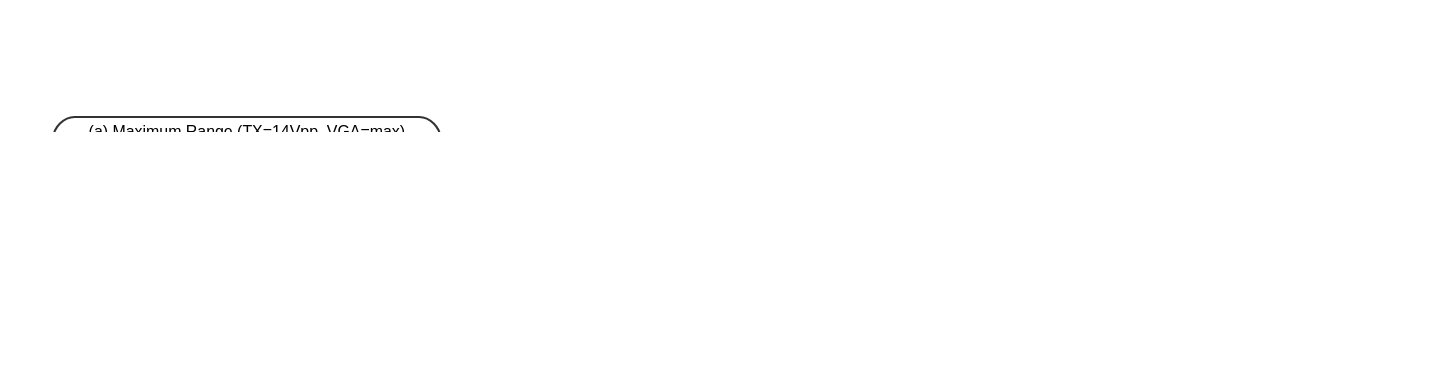
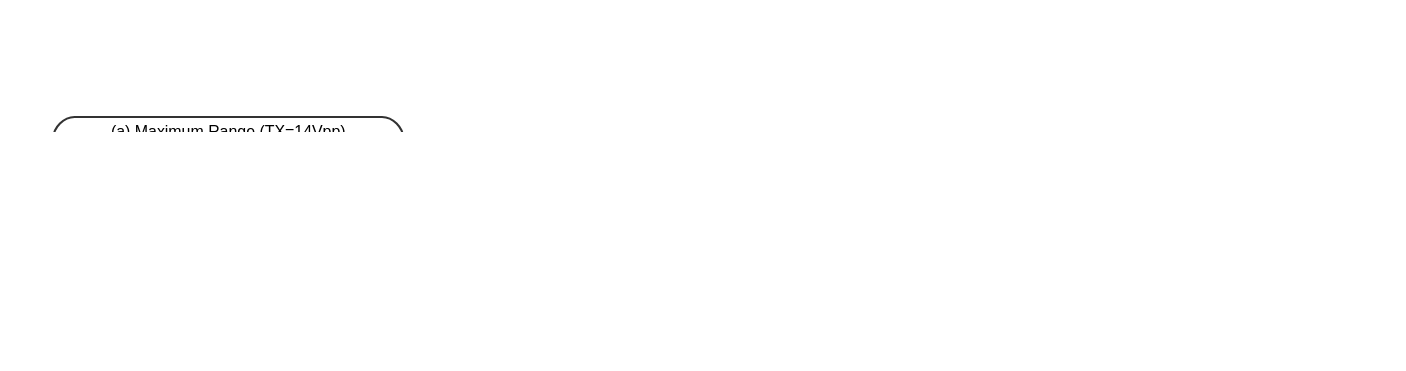
One commit to wuhannus/lunahan_ultrasound_ASIC changed the diagram in figures_graphviz/fig7_isscc.dot. Above: the diagram before and after it, drawn with Graphviz. The commit also changed 28 other files, not shown here.

First line of the commit message:
Remove BPF/VGA from system architecture: LNA feeds SAR ADC directly

```diff
--- a/figures_graphviz/fig7_isscc.dot
+++ b/figures_graphviz/fig7_isscc.dot
@@ -1,77 +1,77 @@
 
 digraph G {
     dpi=250; fontname="Helvetica"; bgcolor=white; pad=0.3;
     label="System-Level Verification Results";
     labelloc=t; fontsize=10; fontname="Helvetica";
     compound=true;
     
     node [shape=box, style="rounded,filled", fontname="Helvetica", fontsize=8, penwidth=1.2, margin="0.06,0.04"];
     
     // (a) Range sweep table
     subgraph cluster_range {
-        label="(a) Maximum Range (TX=14Vpp, VGA=max)"; fontsize=9; fontname="Helvetica";
+        label="(a) Maximum Range (TX=14Vpp)"; fontsize=9; fontname="Helvetica";
         style="rounded"; color="#333333"; penwidth=1.2;
         
         range_t [shape=plaintext, label=<
             <table border="1" cellborder="1" cellspacing="0" cellpadding="3">
             <tr><td bgcolor="#e8e8e8"><font point-size="8"><b>Dist</b></font></td><td bgcolor="#e8e8e8"><font point-size="8"><b>ADC(mV)</b></font></td><td bgcolor="#e8e8e8"><font point-size="8"><b>SNR(dB)</b></font></td><td bgcolor="#e8e8e8"><font point-size="8"><b>Detected</b></font></td></tr>
             <tr><td><font point-size="8">1m</font></td><td><font point-size="8">28,929</font></td><td><font point-size="8">94.7</font></td><td bgcolor="#e8f0e8"><font point-size="8">YES</font></td></tr>
             <tr><td><font point-size="8">3m</font></td><td><font point-size="8">3,042</font></td><td><font point-size="8">75.2</font></td><td bgcolor="#e8f0e8"><font point-size="8">YES</font></td></tr>
             <tr><td><font point-size="8">5m</font></td><td><font point-size="8">1,037</font></td><td><font point-size="8">65.8</font></td><td bgcolor="#e8f0e8"><font point-size="8">YES</font></td></tr>
             <tr><td><font point-size="8">7m</font></td><td><font point-size="8">500</font></td><td><font point-size="8">59.5</font></td><td bgcolor="#e8f0e8"><font point-size="8">YES</font></td></tr>
             <tr><td><font point-size="8">8m</font></td><td><font point-size="8">372</font></td><td><font point-size="8">56.9</font></td><td bgcolor="#e8f0e8"><font point-size="8">YES</font></td></tr>
             </table>
         >];
     }
     
     // (b) Multi-object
     subgraph cluster_multi {
         label="(b) 4-Direction Multi-Object Detection"; fontsize=9; fontname="Helvetica";
         style="rounded"; color="#333333"; penwidth=1.2;
         
         multi_t [shape=plaintext, label=<
             <table border="1" cellborder="1" cellspacing="0" cellpadding="3">
             <tr><td bgcolor="#e8e8e8"><font point-size="8"><b>Direction</b></font></td><td bgcolor="#e8e8e8"><font point-size="8"><b>Range</b></font></td><td bgcolor="#e8e8e8"><font point-size="8"><b>Result</b></font></td></tr>
             <tr><td><font point-size="8">FRONT</font></td><td><font point-size="8">1.00 m</font></td><td bgcolor="#e8f0e8"><font point-size="8">DETECTED</font></td></tr>
             <tr><td><font point-size="8">RIGHT</font></td><td><font point-size="8">3.00 m</font></td><td bgcolor="#e8f0e8"><font point-size="8">DETECTED</font></td></tr>
             <tr><td><font point-size="8">BACK</font></td><td><font point-size="8">5.00 m</font></td><td bgcolor="#e8f0e8"><font point-size="8">DETECTED</font></td></tr>
             <tr><td><font point-size="8">LEFT</font></td><td><font point-size="8">7.00 m</font></td><td bgcolor="#e8f0e8"><font point-size="8">DETECTED</font></td></tr>
             </table>
         >];
     }
     
     // (c) Navigation
     subgraph cluster_nav {
         label="(c) 4-fps Robot Navigation (8 frames)"; fontsize=9; fontname="Helvetica";
         style="rounded"; color="#333333"; penwidth=1.2;
         
         nav_t [shape=plaintext, label=<
             <table border="1" cellborder="1" cellspacing="0" cellpadding="3">
             <tr><td bgcolor="#e8e8e8"><font point-size="8"><b>F</b></font></td><td bgcolor="#e8e8e8"><font point-size="8"><b>Dir</b></font></td><td bgcolor="#e8e8e8"><font point-size="8"><b>Range</b></font></td><td bgcolor="#e8e8e8"><font point-size="8"><b>Action</b></font></td></tr>
             <tr><td><font point-size="8">1</font></td><td><font point-size="8">FRONT</font></td><td><font point-size="8">5.0m</font></td><td><font point-size="8">Go</font></td></tr>
             <tr><td><font point-size="8">3</font></td><td><font point-size="8">RIGHT</font></td><td><font point-size="8">2.0m</font></td><td bgcolor="#fce8e8"><font point-size="8">Turn</font></td></tr>
             <tr><td><font point-size="8">5</font></td><td><font point-size="8">FRONT</font></td><td><font point-size="8">1.0m</font></td><td bgcolor="#fce8e8"><font point-size="8">TURN</font></td></tr>
             <tr><td><font point-size="8">8</font></td><td><font point-size="8">FRONT</font></td><td><font point-size="8">3.0m</font></td><td bgcolor="#e8f0e8"><font point-size="8">EXIT</font></td></tr>
             </table>
         >];
     }
     
     // (d) Summary
     subgraph cluster_summary {
         label="(d) Verification Summary"; fontsize=9; fontname="Helvetica";
         style="rounded"; color="#333333"; penwidth=1.2;
         
         summary [shape=plaintext, label=<
             <table border="1" cellborder="1" cellspacing="0" cellpadding="3">
             <tr><td bgcolor="#e8e8e8"><font point-size="8"><b>Scenario</b></font></td><td bgcolor="#e8e8e8"><font point-size="8"><b>Result</b></font></td></tr>
             <tr><td><font point-size="8">1. Wall detection @ 3m</font></td><td bgcolor="#e8f0e8"><font point-size="8">PASS</font></td></tr>
             <tr><td><font point-size="8">2. Multi-object 1-7m</font></td><td bgcolor="#e8f0e8"><font point-size="8">PASS</font></td></tr>
             <tr><td><font point-size="8">3. Range sweep 1-8m</font></td><td bgcolor="#e8f0e8"><font point-size="8">PASS</font></td></tr>
             <tr><td><font point-size="8">4. Navigation 8 frames</font></td><td bgcolor="#e8f0e8"><font point-size="8">PASS</font></td></tr>
             <tr><td><font point-size="8">5. PV-RXBF 24fps</font></td><td bgcolor="#e8f0e8"><font point-size="8">PASS</font></td></tr>
             <tr><td><font point-size="8">6. Mixed-signal co-sim</font></td><td bgcolor="#e8f0e8"><font point-size="8">PASS</font></td></tr>
             <tr><td bgcolor="#e8f0e8"><font point-size="8"><b>43/44 metrics vs JSSC 2022</b></font></td><td bgcolor="#e8f0e8"><font point-size="8"><b>PASS</b></font></td></tr>
             </table>
         >];
     }
 }
```
